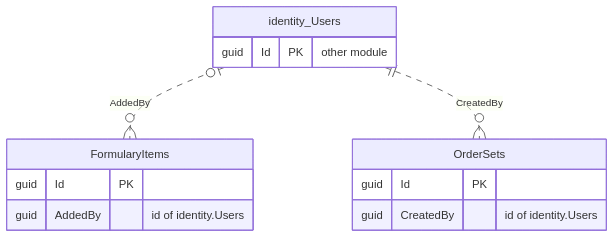
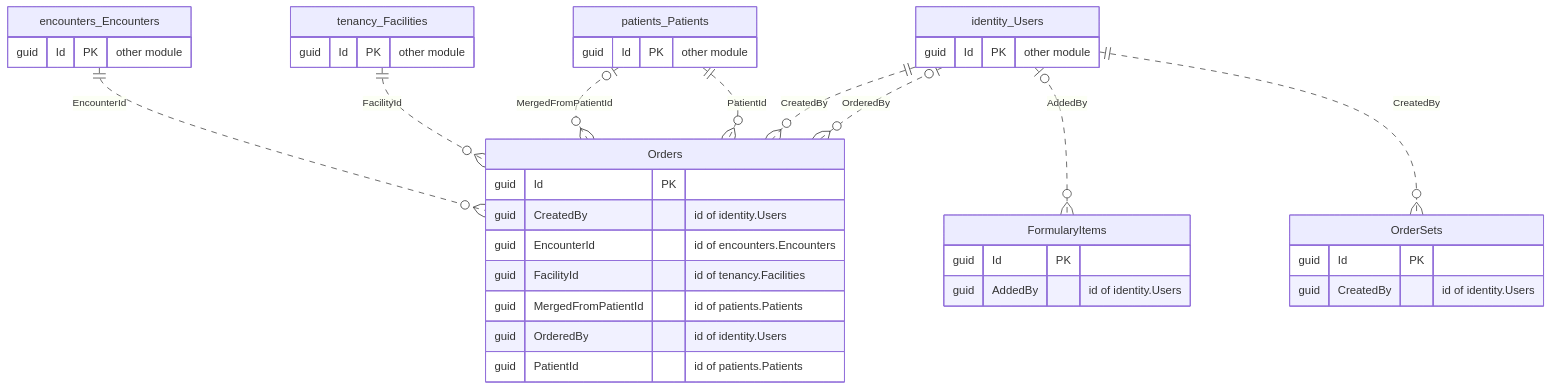
One commit to ALFRED-LUCIFER/medvya changed the ninth of 14 diagrams in docs/03-architecture/erd.md. Above: the diagram before and after it, drawn with Mermaid. The commit also changed other lines of this file and 42 other files, not shown here.

First line of the commit message:
MDV-P2-018: investigation orders composer, Draft to Ordered, slip and timeline (E-05)

````diff
--- a/docs/03-architecture/erd.md
+++ b/docs/03-architecture/erd.md
@@ -1494,16 +1500,40 @@
 ```mermaid
 erDiagram
+  Orders {
+    guid Id PK
+    guid CreatedBy "id of identity.Users"
+    guid EncounterId "id of encounters.Encounters"
+    guid FacilityId "id of tenancy.Facilities"
+    guid MergedFromPatientId "id of patients.Patients"
+    guid OrderedBy "id of identity.Users"
+    guid PatientId "id of patients.Patients"
+  }
   FormularyItems {
     guid Id PK
     guid AddedBy "id of identity.Users"
   }
   OrderSets {
     guid Id PK
     guid CreatedBy "id of identity.Users"
   }
+  encounters_Encounters {
+    guid Id PK "other module"
+  }
   identity_Users {
     guid Id PK "other module"
   }
+  patients_Patients {
+    guid Id PK "other module"
+  }
+  tenancy_Facilities {
+    guid Id PK "other module"
+  }
+  identity_Users ||..o{ Orders : "CreatedBy"
+  encounters_Encounters ||..o{ Orders : "EncounterId"
+  tenancy_Facilities ||..o{ Orders : "FacilityId"
+  patients_Patients |o..o{ Orders : "MergedFromPatientId"
+  identity_Users |o..o{ Orders : "OrderedBy"
+  patients_Patients ||..o{ Orders : "PatientId"
   identity_Users |o..o{ FormularyItems : "AddedBy"
   identity_Users ||..o{ OrderSets : "CreatedBy"
 ```
````
